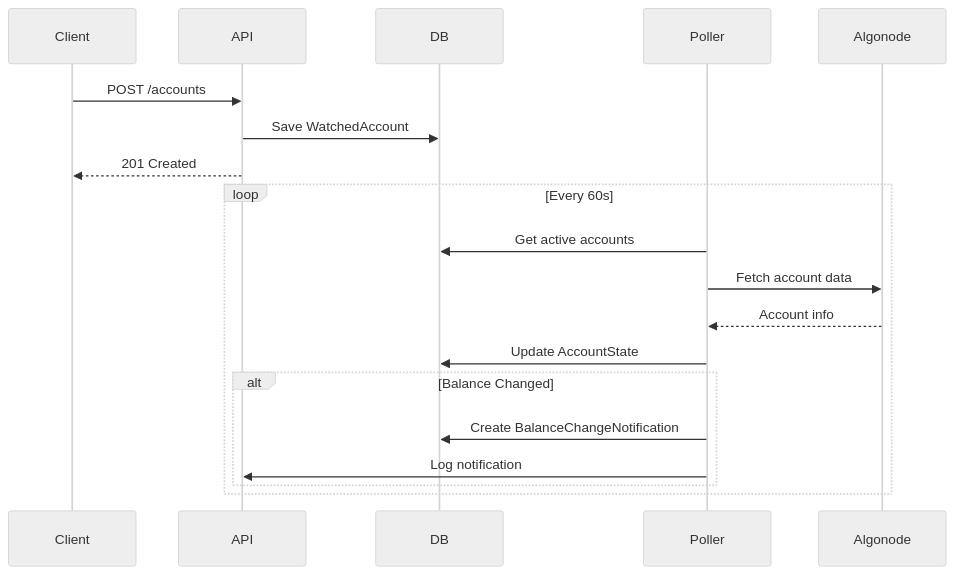
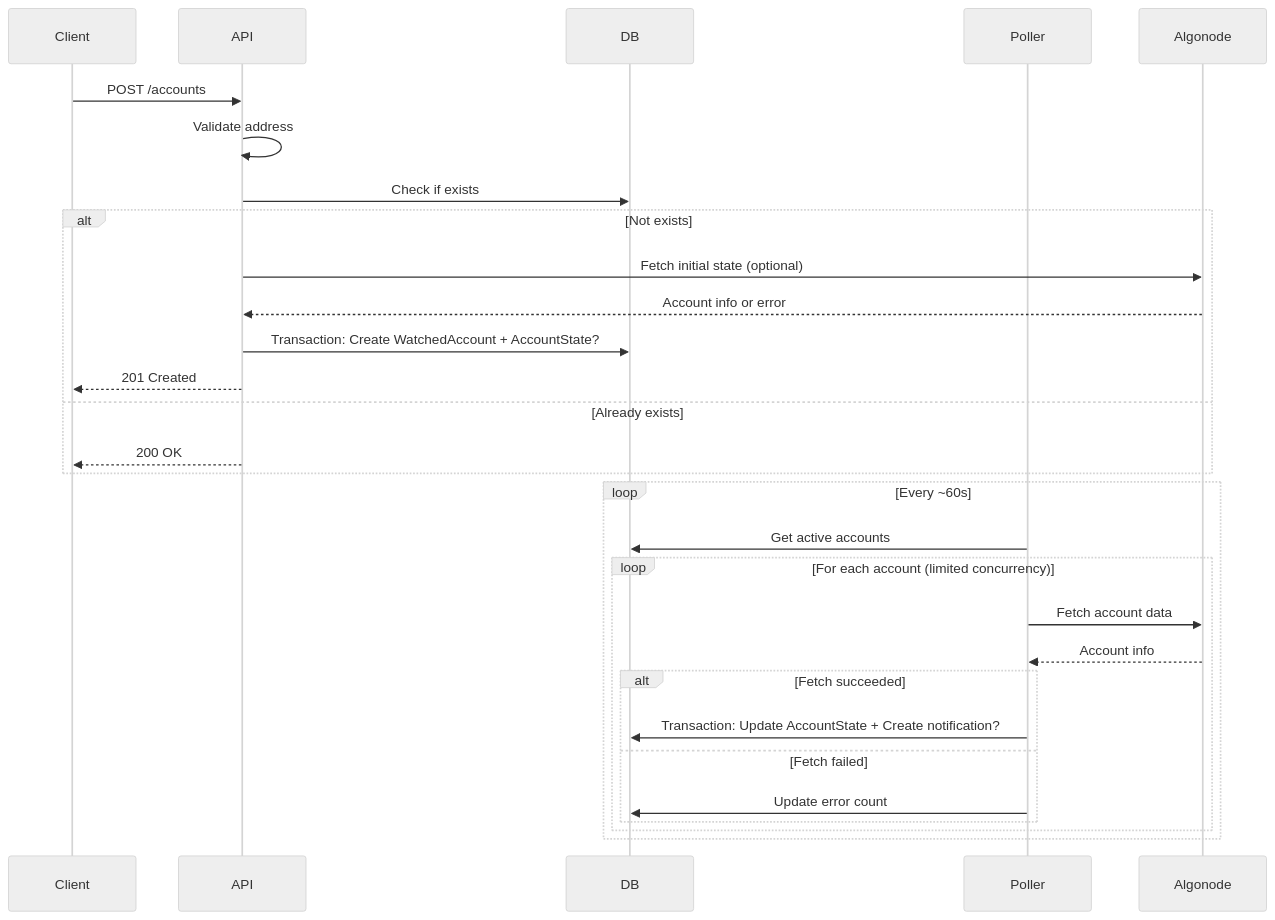
Before and after one commit to imagobea/algo-watcher: the second of 2 diagrams in README.md, drawn with Mermaid (neutral theme). The commit also changed other lines of this file and 1 other file, not shown here.

Commit message:
docs: tweak sequence diagram

````diff
--- a/README.md
+++ b/README.md
@@ -44,23 +44,33 @@
 ```mermaid
 sequenceDiagram
     participant Client
     participant API
     participant DB
     participant Poller
     participant Algonode
 
     Client->>API: POST /accounts
-    API->>DB: Save WatchedAccount
-    API-->>Client: 201 Created
+    API->>API: Validate address
+    API->>DB: Check if exists
+    alt Not exists
+        API->>Algonode: Fetch initial state (optional)
+        Algonode-->>API: Account info or error
+        API->>DB: Transaction: Create WatchedAccount + AccountState?
+        API-->>Client: 201 Created
+    else Already exists
+        API-->>Client: 200 OK
+    end
     
-    loop Every 60s
+    loop Every ~60s
         Poller->>DB: Get active accounts
-        Poller->>Algonode: Fetch account data
-        Algonode-->>Poller: Account info
-        Poller->>DB: Update AccountState
-        alt Balance Changed
-            Poller->>DB: Create BalanceChangeNotification
-            Poller->>API: Log notification
+        loop For each account (limited concurrency)
+          Poller->>Algonode: Fetch account data
+          Algonode-->>Poller: Account info
+          alt Fetch succeeded
+            Poller->>DB: Transaction: Update AccountState + Create notification?
+          else Fetch failed
+            Poller->>DB: Update error count
+          end
         end
     end
 ```
````
